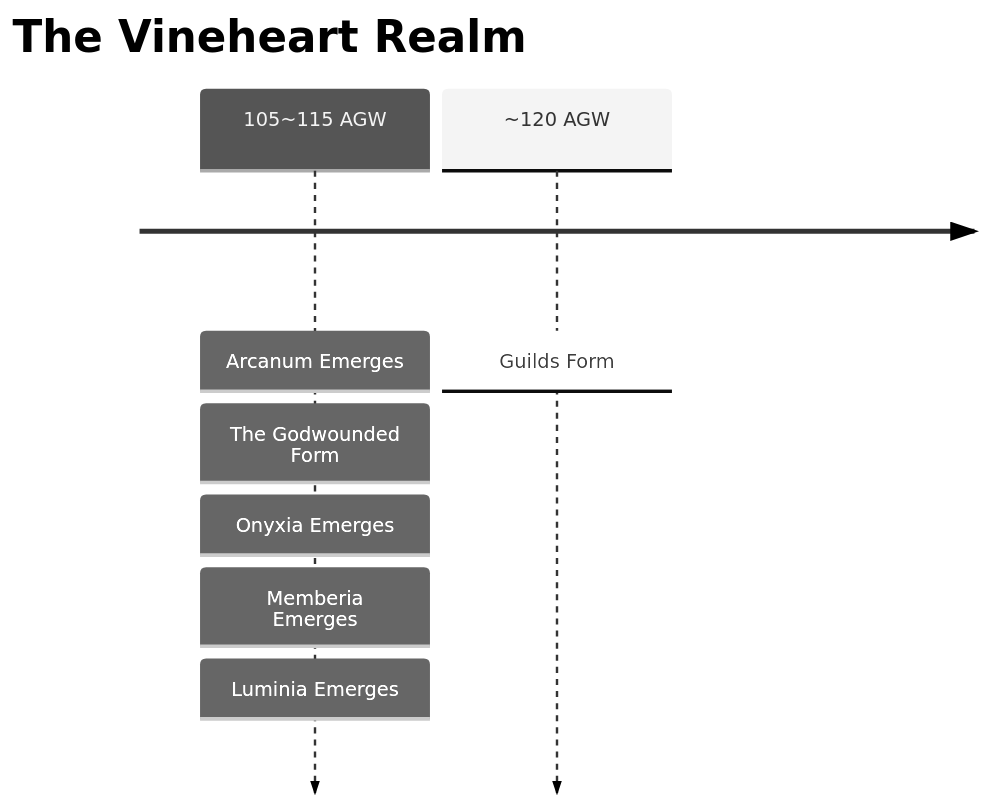
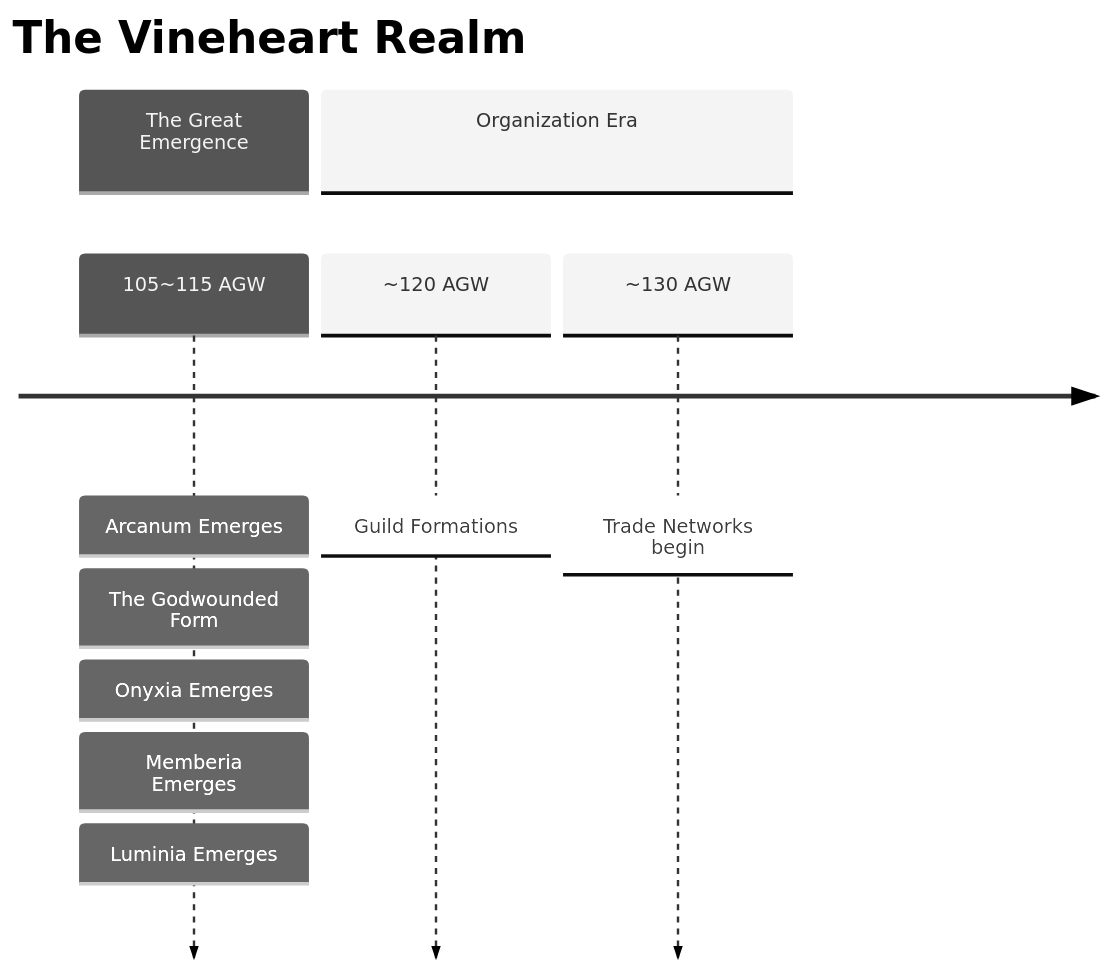
Before and after one commit to KrakenIsHere/The-Vineheart-Realm: the second of 3 diagrams in 0. World/The Timelines.md, drawn with Mermaid.

Commit message:
Refactor timeline structure and add new eras
Reorganized the timeline in 'The Timelines.md' by introducing sections for 'The Great Emergence' and 'Organization Era'. Added events for guild formations and the beginning of trade networks to improve clarity and historical context.

````diff
--- a/0. World/The Timelines.md
+++ b/0. World/The Timelines.md
@@ -19,8 +19,10 @@
 ```mermaid
 %%{init: {'theme':'neutral'}}%%
 timeline
     title The Vineheart Realm
-
-	105~115 AGW     : Arcanum Emerges : The Godwounded Form : Onyxia Emerges : Memberia Emerges : Luminia Emerges
-    ~120 AGW        : Guilds Form
+	section The Great Emergence
+		105~115 AGW     : Arcanum Emerges : The Godwounded Form : Onyxia Emerges : Memberia Emerges : Luminia Emerges
+	section Organization Era
+        ~120 AGW : Guild Formations
+        ~130 AGW : Trade Networks begin
 ```
````
